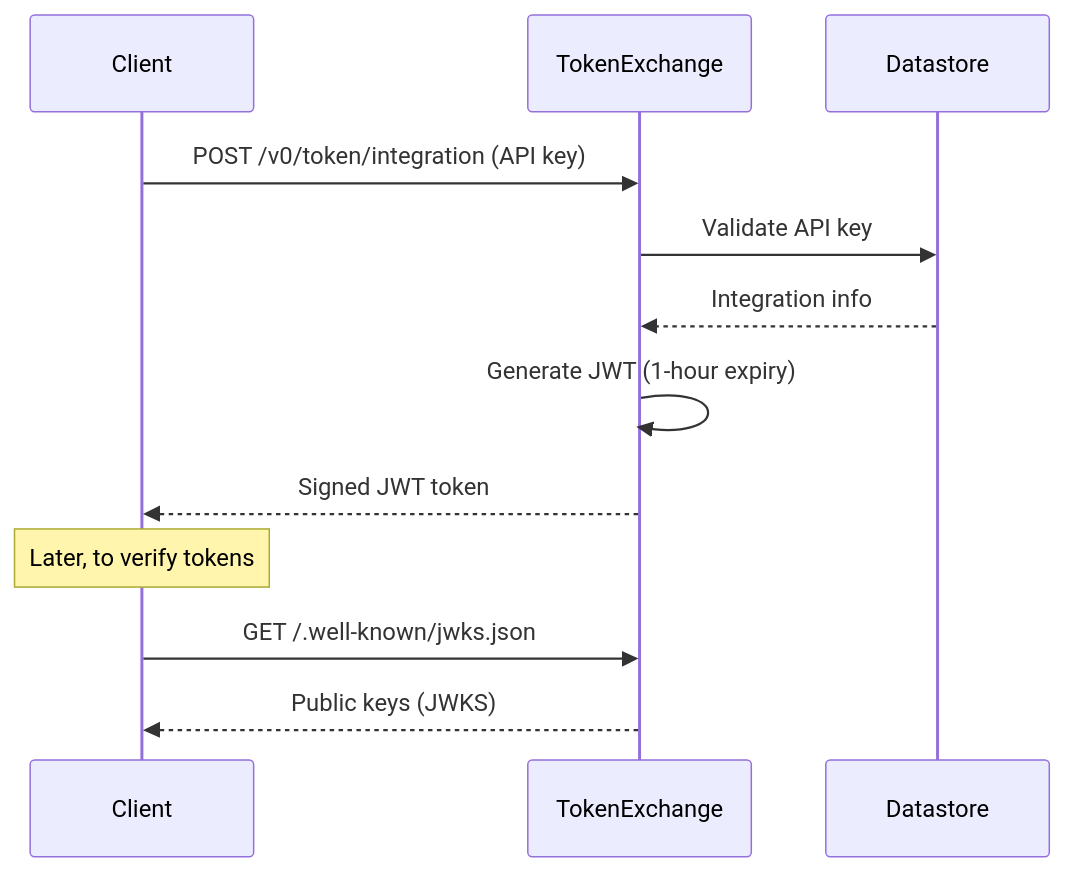
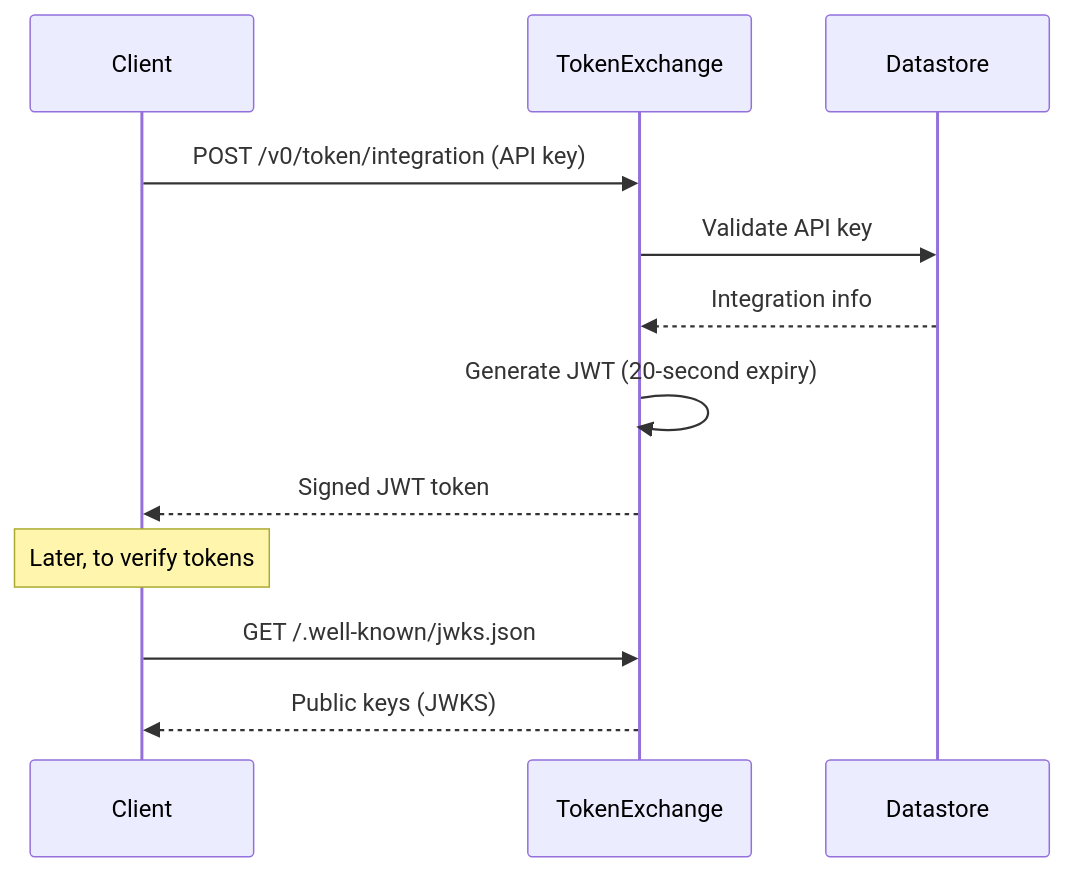
Before and after one commit to m-lab/token-exchange: the diagram in README.md, drawn with Mermaid.

Commit message:
docs: fix integration token expiry to 20 seconds

````diff
--- a/README.md
+++ b/README.md
@@ -84,16 +84,16 @@
 ```mermaid
 sequenceDiagram
     participant Client
     participant TokenExchange
     participant Datastore
 
     Client->>TokenExchange: POST /v0/token/integration (API key)
     TokenExchange->>Datastore: Validate API key
     Datastore-->>TokenExchange: Integration info
-    TokenExchange->>TokenExchange: Generate JWT (1-hour expiry)
+    TokenExchange->>TokenExchange: Generate JWT (20-second expiry)
     TokenExchange-->>Client: Signed JWT token
 
     Note over Client: Later, to verify tokens
     Client->>TokenExchange: GET /.well-known/jwks.json
     TokenExchange-->>Client: Public keys (JWKS)
 ```
````
